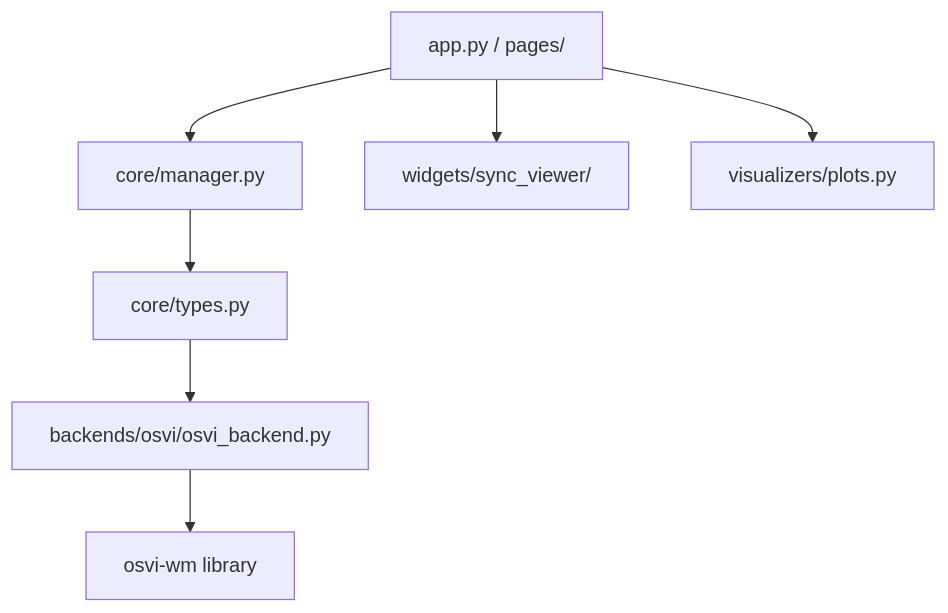
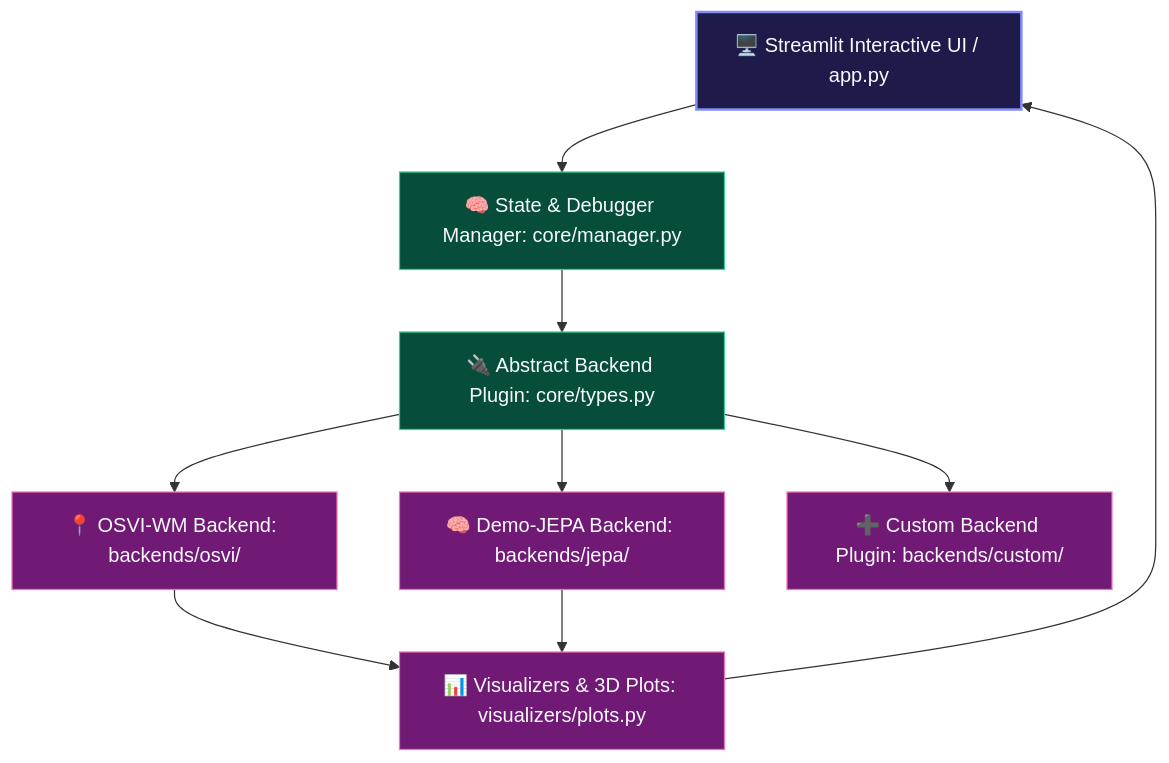
Before and after one commit to vivek-v-ingle/Visual-World-Model-Explorer: the diagram in README.md, drawn with Mermaid. The commit also changed other lines of this file and 29 other files, not shown here.

Commit message:
Refactor sidebar navigation with st.navigation, isolate model views, and fix Mermaid flowchart syntax

````diff
--- a/README.md
+++ b/README.md
@@ -9,9 +23,21 @@
 ```mermaid
 graph TD
-    UI[app.py / pages/] --> Manager[core/manager.py]
-    Manager --> BackendBase[core/types.py]
-    BackendBase --> Plugin[backends/osvi/osvi_backend.py]
-    Plugin --> OSVI_WM[osvi-wm library]
-    UI --> Widgets[widgets/sync_viewer/]
-    UI --> Visualizers[visualizers/plots.py]
+    classDef ui fill:#1e1b4b,stroke:#818cf8,stroke-width:2px,color:#f8fafc;
+    classDef core fill:#064e3b,stroke:#34d399,stroke-width:1px,color:#f8fafc;
+    classDef model fill:#701a75,stroke:#f472b6,stroke-width:1px,color:#f8fafc;
+
+    UI[🖥️ Streamlit Interactive UI / app.py] --> Manager[🧠 State & Debugger Manager: core/manager.py]
+    Manager --> Base[🔌 Abstract Backend Plugin: core/types.py]
+    
+    Base --> OSVI[📍 OSVI-WM Backend: backends/osvi/]
+    Base --> JEPA[🧠 Demo-JEPA Backend: backends/jepa/]
+    Base --> Custom[➕ Custom Backend Plugin: backends/custom/]
+
+    OSVI --> Vis[📊 Visualizers & 3D Plots: visualizers/plots.py]
+    JEPA --> Vis
+    Vis --> UI
+
+    class UI ui;
+    class Manager,Base core;
+    class OSVI,JEPA,Custom,Vis model;
 ```
````
